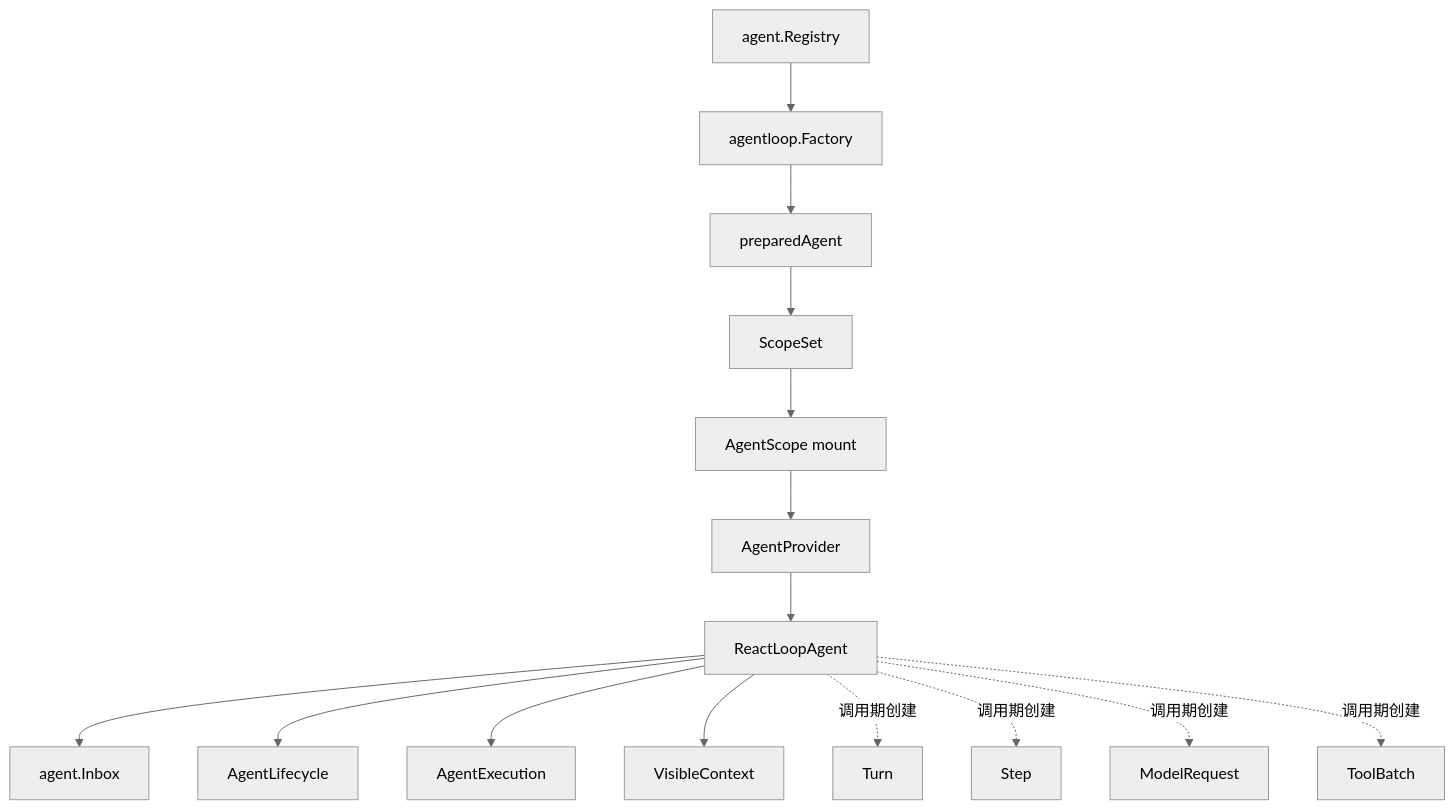
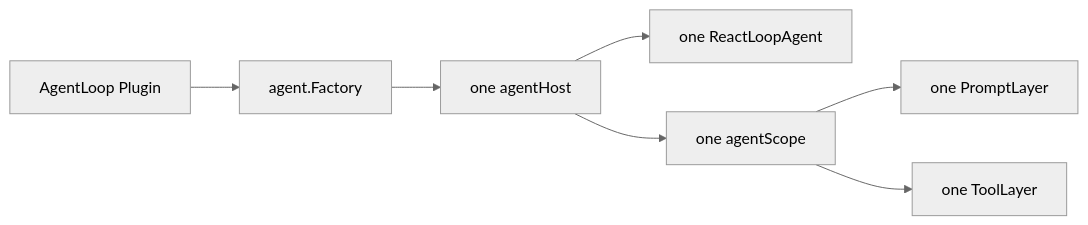
The first of 2 diagrams in agentloop/README.zh-CN.md (gorenx/goren), drawn with Mermaid (neutral theme) before and after one commit. The commit also changed other lines of this file and 29 other files, not shown here.

Commit message:
docs(agent): record plugin-neutral lifecycle design

````diff
--- a/agentloop/README.zh-CN.md
+++ b/agentloop/README.zh-CN.md
@@ -40,17 +11,9 @@
 ```mermaid
-flowchart TD
-    Registry[agent.Registry] --> Factory[agentloop.Factory]
-    Factory --> Prepared[preparedAgent]
-    Prepared --> Scopes[ScopeSet]
-    Scopes --> Scope[AgentScope mount]
-    Scope --> Provider[AgentProvider]
-    Provider --> RLA[ReactLoopAgent]
-    RLA --> Inbox[agent.Inbox]
-    RLA --> Lifecycle[AgentLifecycle]
-    RLA --> Execution[AgentExecution]
-    RLA --> Visible[VisibleContext]
-    RLA -.调用期创建.-> Turn[Turn]
-    RLA -.调用期创建.-> Step[Step]
-    RLA -.调用期创建.-> Request[ModelRequest]
-    RLA -.调用期创建.-> Batch[ToolBatch]
+flowchart LR
+    Plugin[AgentLoop Plugin] --> Factory[agent.Factory]
+    Factory --> Host[one agentHost]
+    Host --> RLA[one ReactLoopAgent]
+    Host --> Scope[one agentScope]
+    Scope --> Prompt[one PromptLayer]
+    Scope --> Tools[one ToolLayer]
 ```
````
